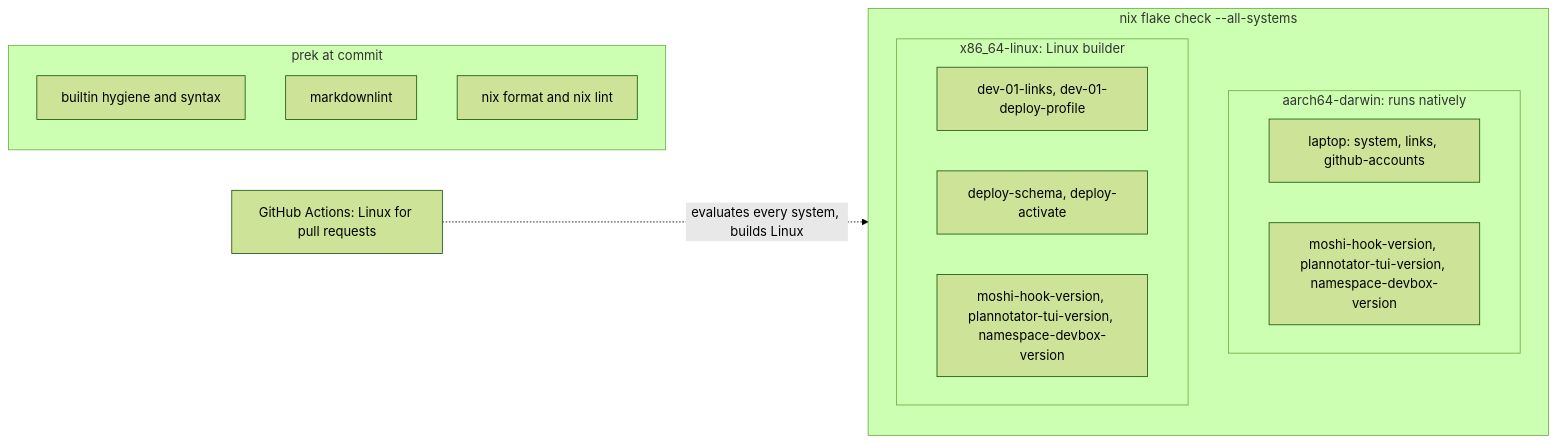
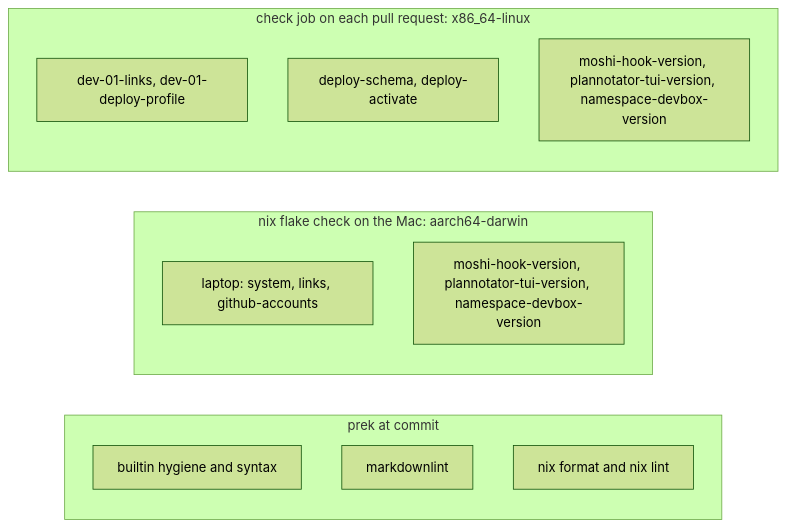
The third of 3 diagrams in README.md (mich-murphy/nix-config), drawn with Mermaid (forest theme) before and after one commit. The commit also changed other lines of this file and 2 other files, not shown here.

First line of the commit message:
ci: run pull request checks on Namespace with main's cache; the Mac builds no Linux (#166)

````diff
--- a/README.md
+++ b/README.md
@@ -275,20 +275,17 @@
 ```mermaid
 flowchart LR
   subgraph PK["prek at commit"]
     H1["builtin hygiene and syntax"]
     H2["markdownlint"]
     H3["nix format and nix lint"]
   end
-  subgraph FC["nix flake check --all-systems"]
-    subgraph MAC["aarch64-darwin: runs natively"]
-      M2["laptop: system, links, github-accounts"]
-      M3["moshi-hook-version, plannotator-tui-version, namespace-devbox-version"]
-    end
-    subgraph LIN["x86_64-linux: Linux builder"]
-      L1["dev-01-links, dev-01-deploy-profile"]
-      L2["deploy-schema, deploy-activate"]
-      L3["moshi-hook-version, plannotator-tui-version, namespace-devbox-version"]
-    end
+  subgraph MAC["nix flake check on the Mac: aarch64-darwin"]
+    M2["laptop: system, links, github-accounts"]
+    M3["moshi-hook-version, plannotator-tui-version, namespace-devbox-version"]
   end
-  CI["GitHub Actions: Linux for pull requests"] -.->|"evaluates every system, builds Linux"| FC
+  subgraph LIN["check job on each pull request: x86_64-linux"]
+    L1["dev-01-links, dev-01-deploy-profile"]
+    L2["deploy-schema, deploy-activate"]
+    L3["moshi-hook-version, plannotator-tui-version, namespace-devbox-version"]
+  end
 ```
````
